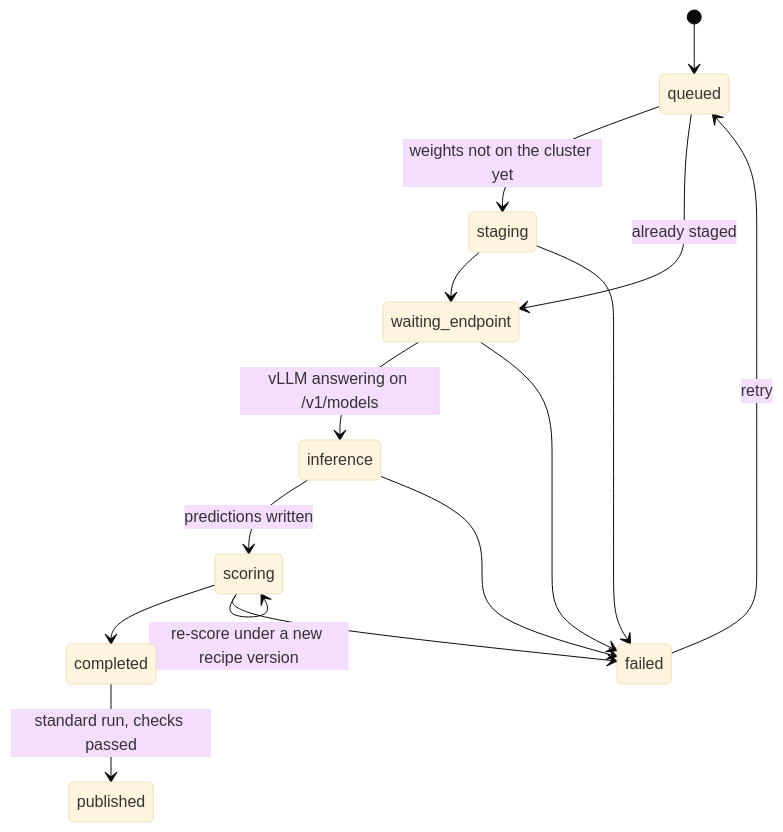
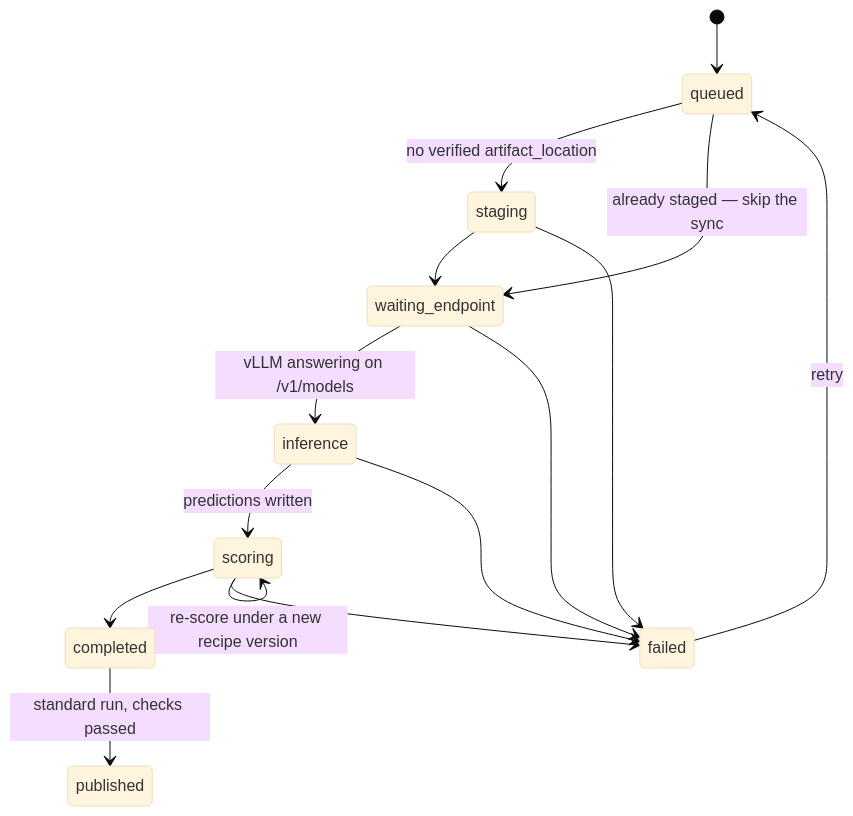
One commit to Joshi004/evaluation-service changed the second of 3 diagrams in EVAL_SERVICE_PLAN.md. Above: the diagram before and after it, drawn with Mermaid (base theme). The commit also changed other lines of this file and 1 other file, not shown here.

Commit message:
Add cluster validation results and update evaluation service plan

````diff
--- a/EVAL_SERVICE_PLAN.md
+++ b/EVAL_SERVICE_PLAN.md
@@ -455,17 +565,17 @@
 ```mermaid
 stateDiagram-v2
     [*] --> queued
-    queued --> staging: weights not on the cluster yet
+    queued --> staging: no verified artifact_location
     staging --> waiting_endpoint
-    queued --> waiting_endpoint: already staged
+    queued --> waiting_endpoint: already staged — skip the sync
     waiting_endpoint --> inference: vLLM answering on /v1/models
     inference --> scoring: predictions written
     scoring --> completed
     completed --> published: standard run, checks passed
     staging --> failed
     waiting_endpoint --> failed
     inference --> failed
     scoring --> failed
     failed --> queued: retry
     scoring --> scoring: re-score under a new recipe version
 ```
````
